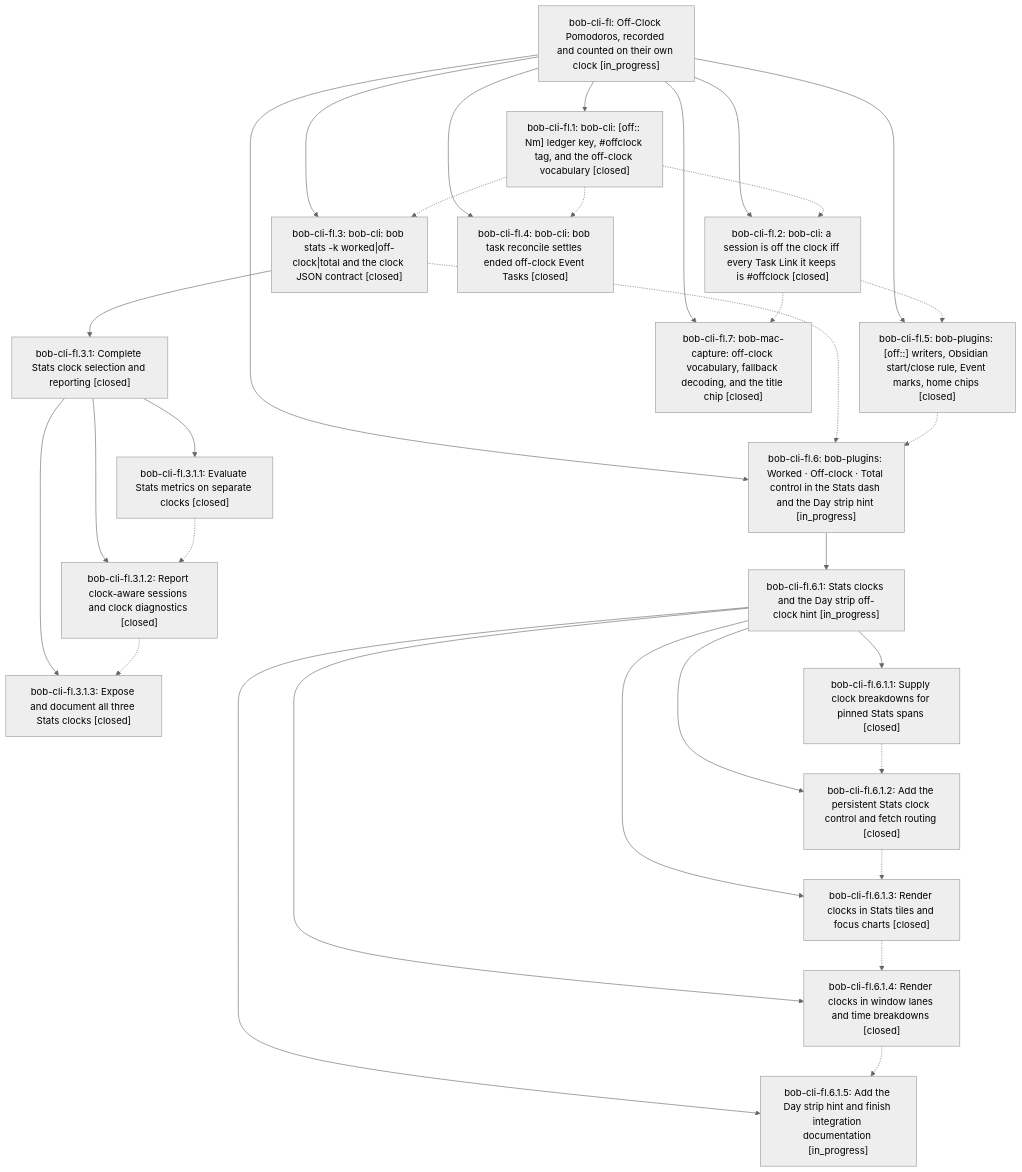
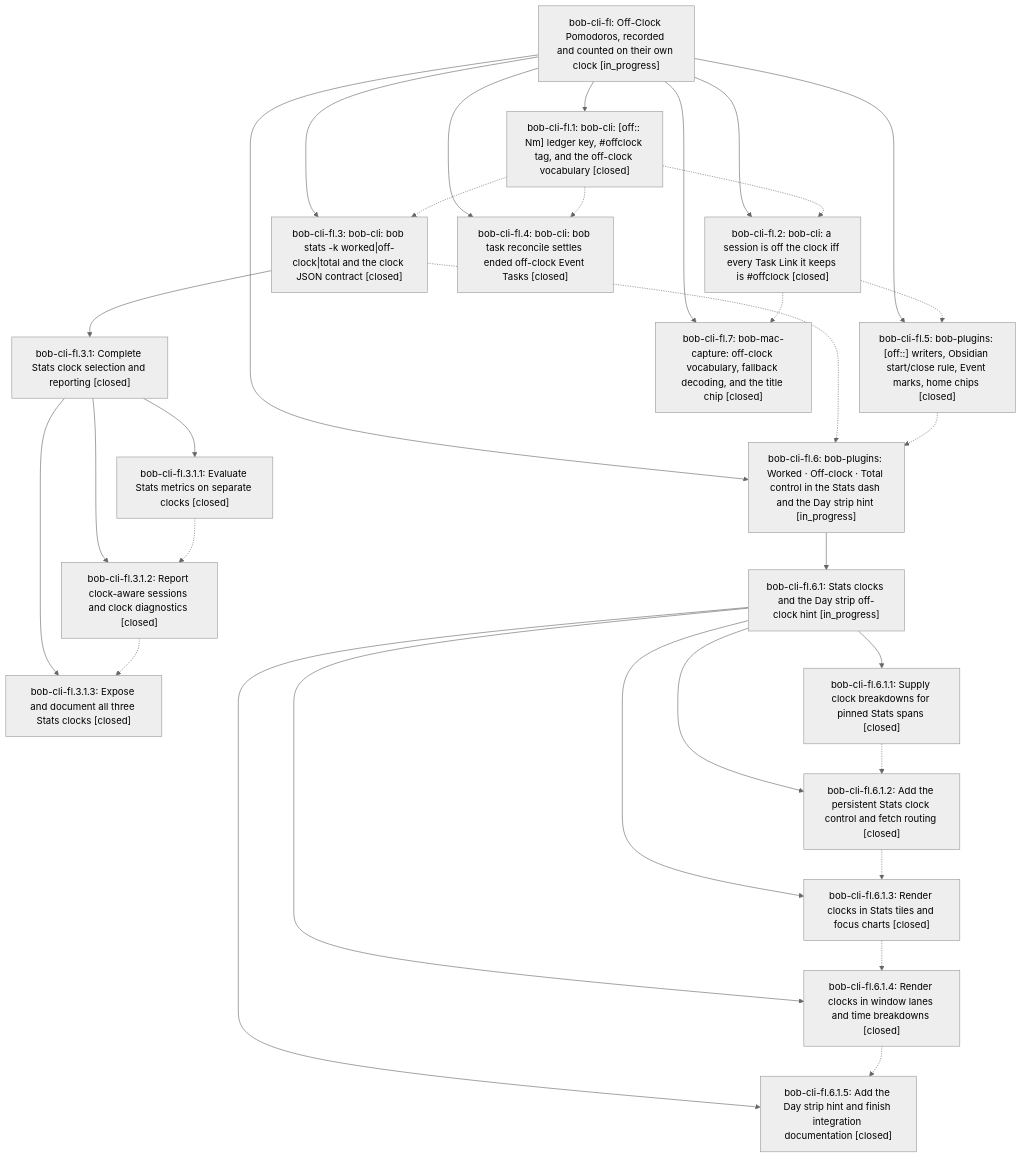
Before and after one commit to bobs-org/bob-cli--beads: the diagram in pages/bob-cli-fl/README.md, drawn with Mermaid (neutral theme). The commit also changed other lines of this file and 4 other files, not shown here.

First line of the commit message:
chore(beads): sync bead state and pages for bob-cli-fl

````diff
--- a/pages/bob-cli-fl/README.md
+++ b/pages/bob-cli-fl/README.md
@@ -42,51 +42,51 @@
 ```mermaid
 flowchart TD
     n0["bob-cli-fl: Off-Clock Pomodoros, recorded and counted on their own clock [in_progress]"]
     n1["bob-cli-fl.1: bob-cli: [off:: Nm] ledger key, #offclock tag, and the off-clock vocabulary [closed]"]
     n2["bob-cli-fl.2: bob-cli: a session is off the clock iff every Task Link it keeps is #offclock [closed]"]
     n3["bob-cli-fl.3: bob-cli: bob stats -k worked|off-clock|total and the clock JSON contract [closed]"]
     n4["bob-cli-fl.3.1: Complete Stats clock selection and reporting [closed]"]
     n5["bob-cli-fl.3.1.1: Evaluate Stats metrics on separate clocks [closed]"]
     n6["bob-cli-fl.3.1.2: Report clock-aware sessions and clock diagnostics [closed]"]
     n7["bob-cli-fl.3.1.3: Expose and document all three Stats clocks [closed]"]
     n8["bob-cli-fl.4: bob-cli: bob task reconcile settles ended off-clock Event Tasks [closed]"]
     n9["bob-cli-fl.5: bob-plugins: [off::] writers, Obsidian start/close rule, Event marks, home chips [closed]"]
     n10["bob-cli-fl.6: bob-plugins: Worked · Off-clock · Total control in the Stats dash and the Day strip hint [in_progress]"]
     n11["bob-cli-fl.6.1: Stats clocks and the Day strip off-clock hint [in_progress]"]
     n12["bob-cli-fl.6.1.1: Supply clock breakdowns for pinned Stats spans [closed]"]
     n13["bob-cli-fl.6.1.2: Add the persistent Stats clock control and fetch routing [closed]"]
     n14["bob-cli-fl.6.1.3: Render clocks in Stats tiles and focus charts [closed]"]
     n15["bob-cli-fl.6.1.4: Render clocks in window lanes and time breakdowns [closed]"]
-    n16["bob-cli-fl.6.1.5: Add the Day strip hint and finish integration documentation [in_progress]"]
+    n16["bob-cli-fl.6.1.5: Add the Day strip hint and finish integration documentation [closed]"]
     n17["bob-cli-fl.7: bob-mac-capture: off-clock vocabulary, fallback decoding, and the title chip [closed]"]
     n0 --> n1
     n0 --> n2
     n0 --> n3
     n3 --> n4
     n4 --> n5
     n4 --> n6
     n4 --> n7
     n0 --> n8
     n0 --> n9
     n0 --> n10
     n10 --> n11
     n11 --> n12
     n11 --> n13
     n11 --> n14
     n11 --> n15
     n11 --> n16
     n0 --> n17
     n1 -.-> n2
     n1 -.-> n3
     n1 -.-> n8
     n2 -.-> n9
     n2 -.-> n17
     n3 -.-> n10
     n5 -.-> n6
     n6 -.-> n7
     n9 -.-> n10
     n12 -.-> n13
     n13 -.-> n14
     n14 -.-> n15
     n15 -.-> n16
 ```
````
